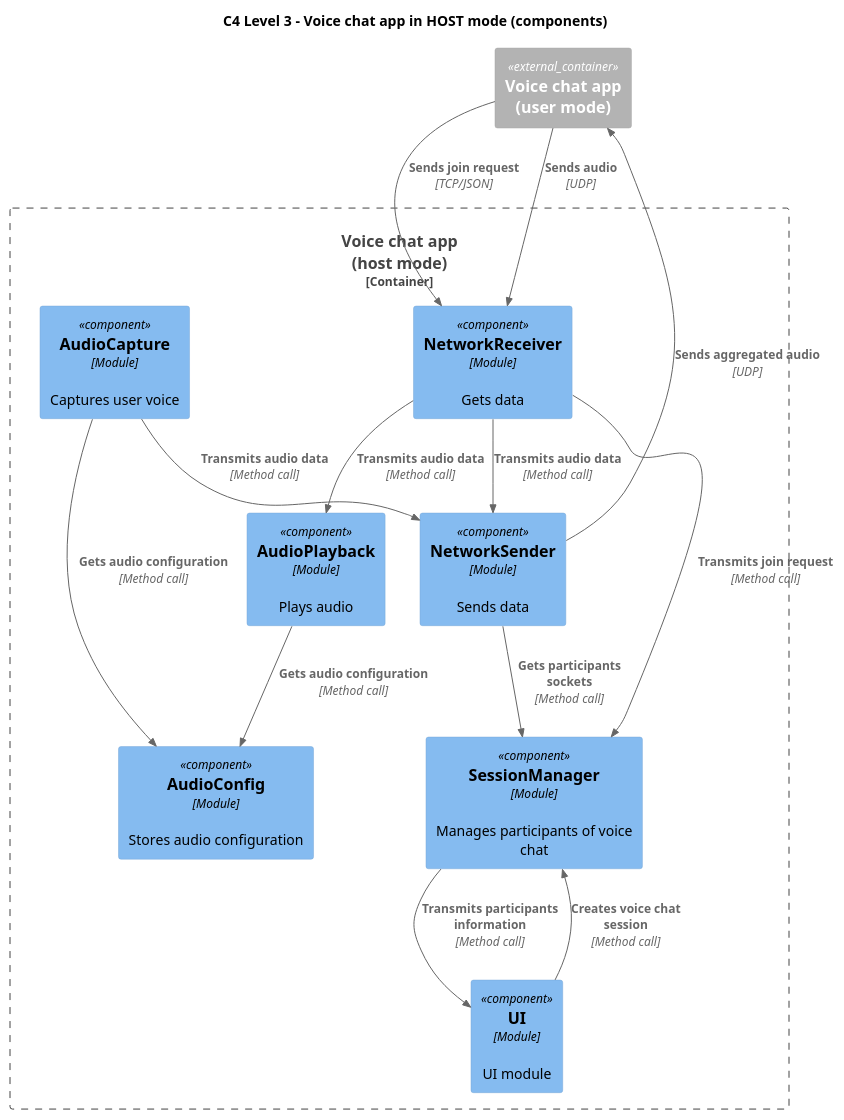
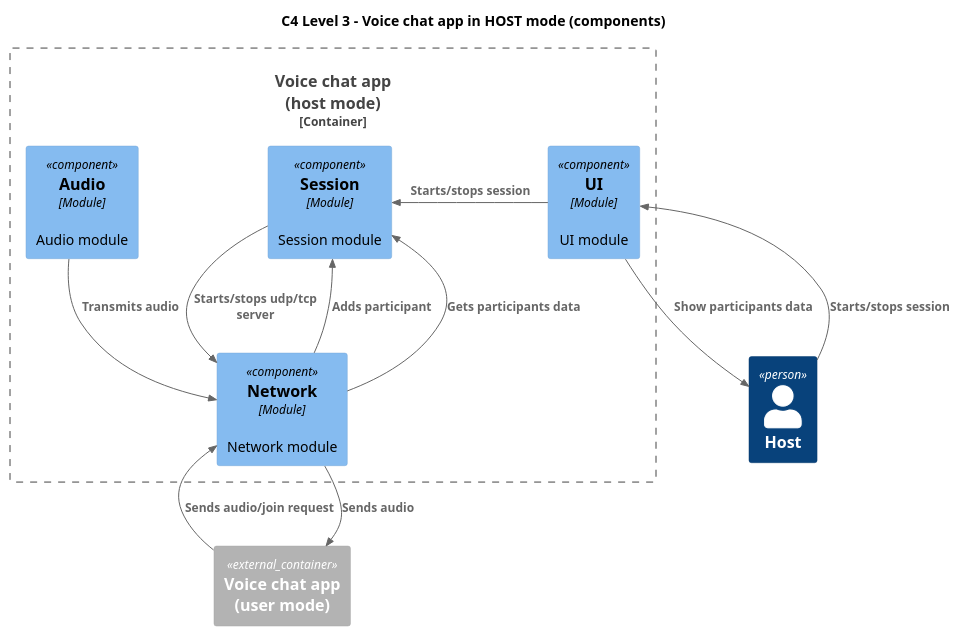
The diagram in docs/Voice_chat_app_component_HOST.puml (fedverdev/Ibidem), drawn with PlantUML before and after one commit. The commit also changed 1 other file, not shown here.

```diff
--- a/docs/Voice_chat_app_component_HOST.puml
+++ b/docs/Voice_chat_app_component_HOST.puml
@@ -1,31 +1,26 @@
 @startuml
 !include <C4/C4_Component>
 
 title C4 Level 3 - Voice chat app in HOST mode (components)
 
 Container_Ext(vcaUser, "Voice chat app\n(user mode)")
+Person(host, "Host")
 
 Container_Boundary(vca, "Voice chat app\n(host mode)") {
-    Component(audioCapture, "AudioCapture", "Module", "Captures user voice")
-    Component(networkSender, "NetworkSender", "Module", "Sends data")
-    Component(networkReceiver, "NetworkReceiver", "Module", "Gets data")
-    Component(sessionManager, "SessionManager", "Module", "Manages participants of voice chat")
-    Component(audioPlayback, "AudioPlayback", "Module", "Plays audio")
-    Component(audioConfig, "AudioConfig", "Module", "Stores audio configuration")
+    Component(network, "Network", "Module", "Network module")
+    Component(audio, "Audio", "Module", "Audio module")
+    Component(session, "Session", "Module", "Session module")
     Component(ui, "UI", "Module", "UI module")
 }
 
-Rel(vcaUser, networkReceiver, "Sends join request", "TCP/JSON")
-Rel(networkReceiver, sessionManager, "Transmits join request", "Method call")
-Rel(vcaUser, networkReceiver, "Sends audio", "UDP")
-Rel(networkReceiver, audioPlayback, "Transmits audio data", "Method call")
-Rel(networkReceiver, networkSender, "Transmits audio data", "Method call")
-Rel(networkSender, sessionManager, "Gets participants sockets", "Method call")
-Rel(audioCapture, networkSender, "Transmits audio data", "Method call")
-Rel(audioCapture, audioConfig, "Gets audio configuration", "Method call")
-Rel(audioPlayback, audioConfig, "Gets audio configuration", "Method call")
-Rel(ui, sessionManager, "Creates voice chat session", "Method call")
-Rel(sessionManager, ui, "Transmits participants information", "Method call")
-Rel(networkSender, vcaUser, "Sends aggregated audio", "UDP")
+Rel(vcaUser, network, "Sends audio/join request")
+Rel(network, session, "Adds participant")
+Rel(host, ui, "Starts/stops session")
+Rel(ui, host, "Show participants data")
+Rel(audio, network, "Transmits audio")
+Rel(network, vcaUser, "Sends audio")
+Rel(network, session, "Gets participants data")
+Rel_L(ui, session, "Starts/stops session")
+Rel(session, network, "Starts/stops udp/tcp server")
 
 @enduml
```
